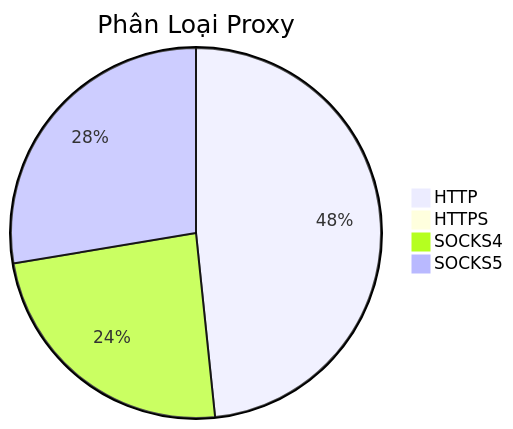
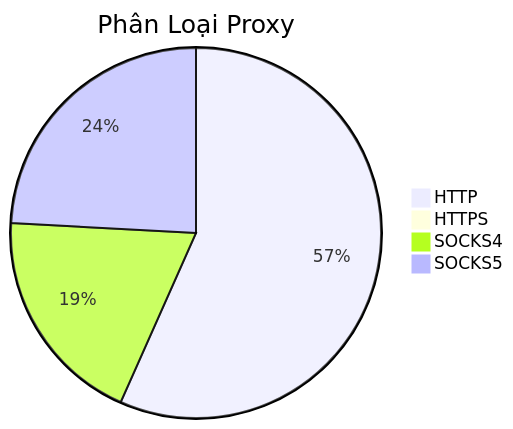
One commit to Ciara-12/PROXY-free changed the diagram in README.md. Above: the diagram before and after it, drawn with Mermaid. The commit also changed other lines of this file and 3 other files, not shown here.

````diff
--- a/README.md
+++ b/README.md
@@ -26,7 +26,7 @@
 ```mermaid
 pie title Phân Loại Proxy
-    "HTTP" : 602
+    "HTTP" : 744
     "HTTPS" : 3
-    "SOCKS4" : 299
-    "SOCKS5" : 344
+    "SOCKS4" : 252
+    "SOCKS5" : 317
 ```
````
